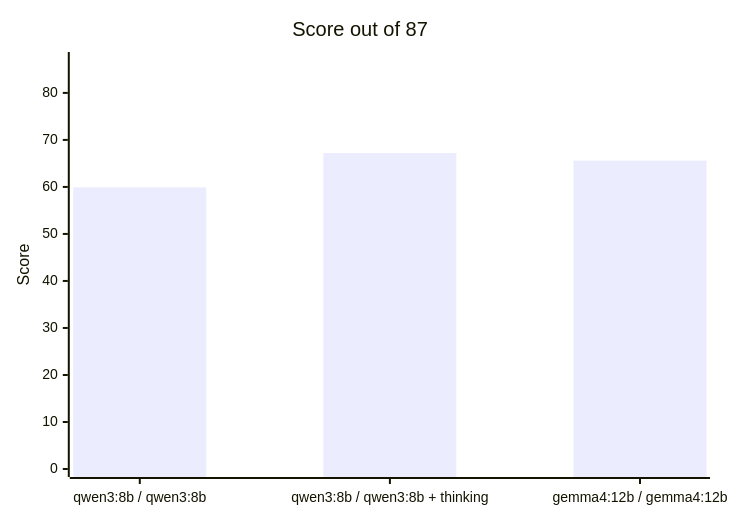
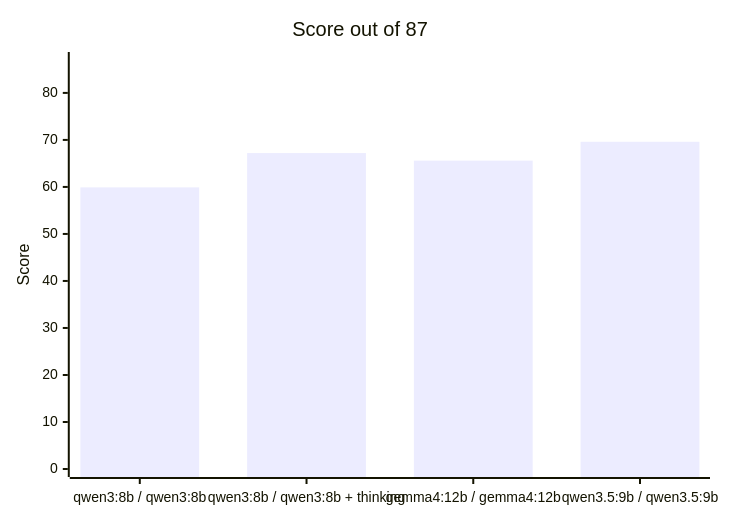
Before and after one commit to sdeparte/kb-meeting-agent: the third of 4 diagrams in docs/benchmarks.md, drawn with Mermaid. The commit also changed other lines of this file, not shown here.

Commit message:
docs(bench): qwen3.5:9b alone

````diff
--- a/docs/benchmarks.md
+++ b/docs/benchmarks.md
@@ -101,7 +102,7 @@
 ```mermaid
 xychart-beta
   title "Score out of 87"
-  x-axis ["qwen3:8b / qwen3:8b", "qwen3:8b / qwen3:8b + thinking", "gemma4:12b / gemma4:12b"]
+  x-axis ["qwen3:8b / qwen3:8b", "qwen3:8b / qwen3:8b + thinking", "gemma4:12b / gemma4:12b", "qwen3.5:9b / qwen3.5:9b"]
   y-axis "Score" 0 --> 87
-  bar [59.9, 67.2, 65.6]
+  bar [59.9, 67.2, 65.6, 69.6]
 ```
````
